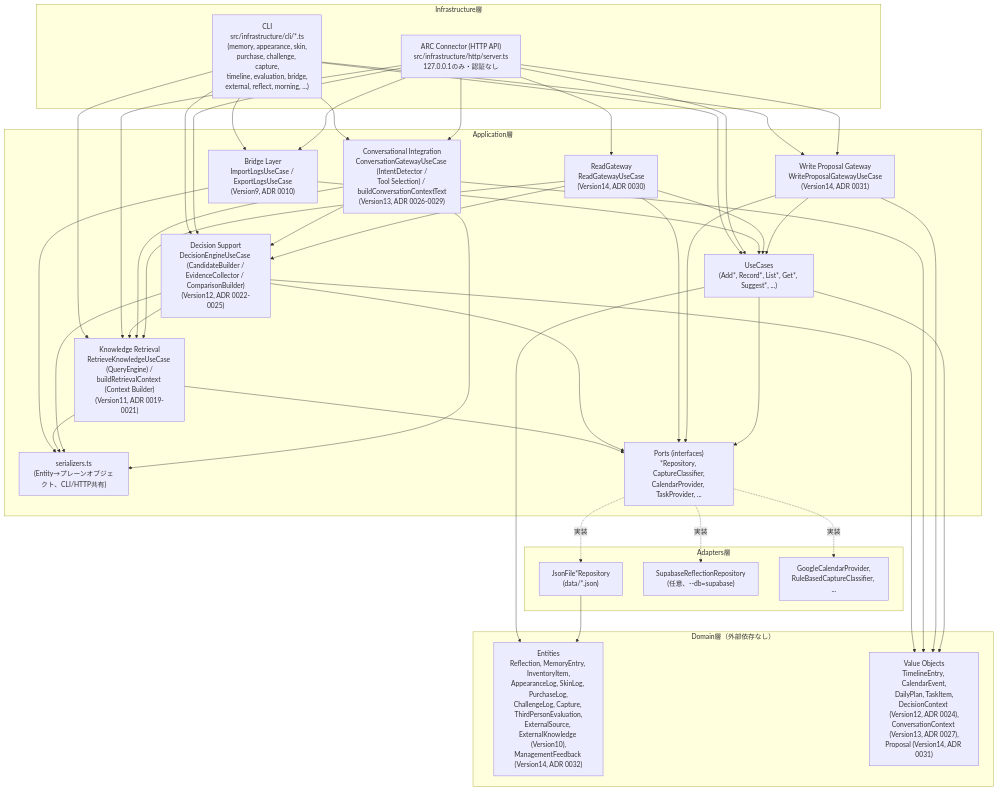
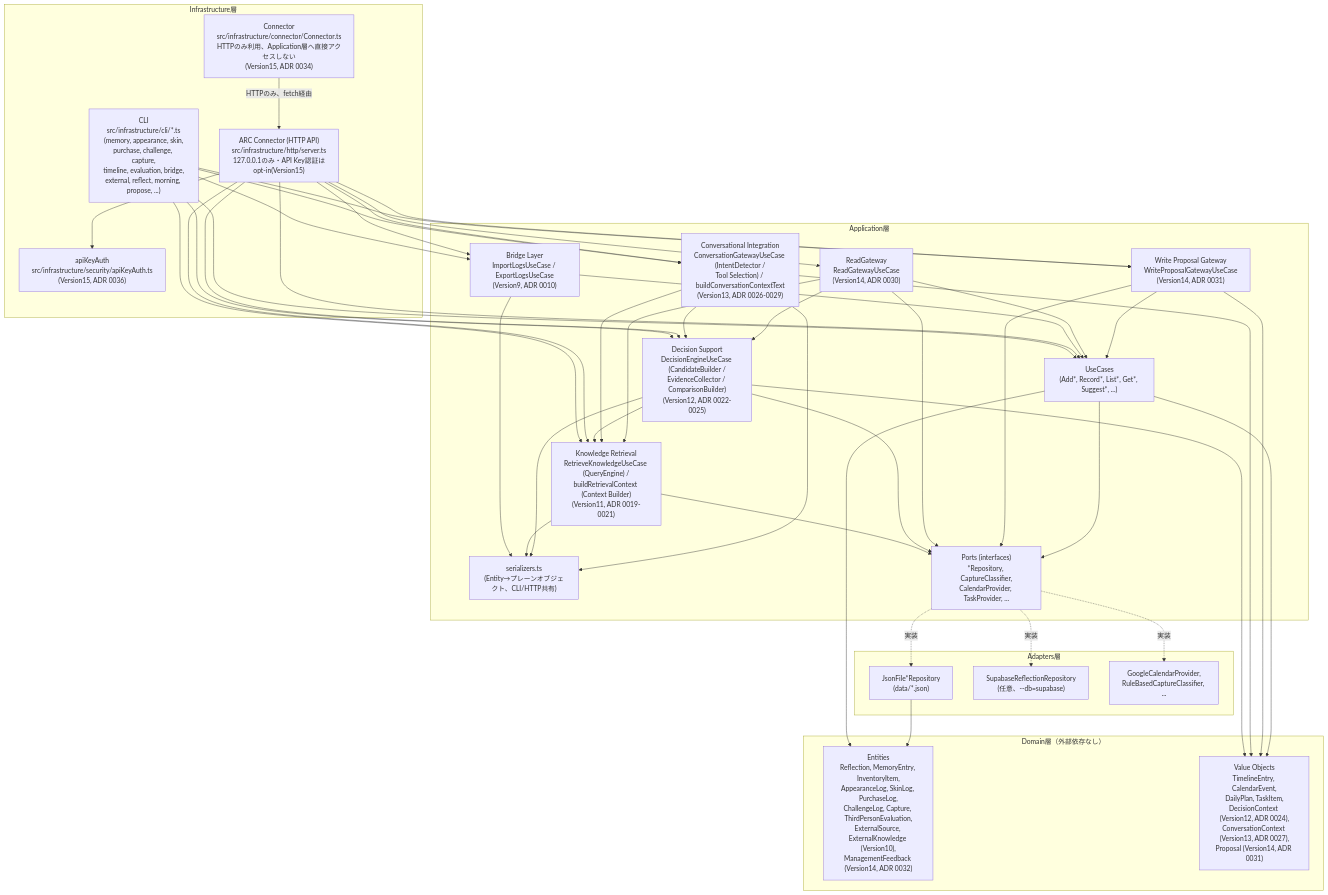
Before and after one commit to okano171013-ai/project-arc: the first of 3 diagrams in docs/architecture-diagram.md, drawn with Mermaid. The commit also changed other lines of this file and 22 other files, not shown here.

First line of the commit message:
Version15: Connector Deployment

````diff
--- a/docs/architecture-diagram.md
+++ b/docs/architecture-diagram.md
@@ -19,70 +20,74 @@
 ```mermaid
 graph TB
     subgraph Infrastructure["Infrastructure層"]
-        CLI["CLI\nsrc/infrastructure/cli/*.ts\n(memory, appearance, skin,\npurchase, challenge, capture,\ntimeline, evaluation, bridge,\nexternal, reflect, morning, ...)"]
-        HTTP["ARC Connector (HTTP API)\nsrc/infrastructure/http/server.ts\n127.0.0.1のみ・認証なし"]
+        CLI["CLI\nsrc/infrastructure/cli/*.ts\n(memory, appearance, skin,\npurchase, challenge, capture,\ntimeline, evaluation, bridge,\nexternal, reflect, morning, propose, ...)"]
+        HTTP["ARC Connector (HTTP API)\nsrc/infrastructure/http/server.ts\n127.0.0.1のみ・API Key認証はopt-in(Version15)"]
+        Connector["Connector\nsrc/infrastructure/connector/Connector.ts\nHTTPのみ利用、Application層へ直接アクセスしない\n(Version15, ADR 0034)"]
+        Auth["apiKeyAuth\nsrc/infrastructure/security/apiKeyAuth.ts\n(Version15, ADR 0036)"]
     end
 
     subgraph Application["Application層"]
         UC["UseCases\n(Add*, Record*, List*, Get*, Suggest*, ...)"]
         Bridge["Bridge Layer\nImportLogsUseCase / ExportLogsUseCase\n(Version9, ADR 0010)"]
         Retrieval["Knowledge Retrieval\nRetrieveKnowledgeUseCase (QueryEngine) /\nbuildRetrievalContext (Context Builder)\n(Version11, ADR 0019-0021)"]
         Decision["Decision Support\nDecisionEngineUseCase (CandidateBuilder /\nEvidenceCollector / ComparisonBuilder)\n(Version12, ADR 0022-0025)"]
         Conversation["Conversational Integration\nConversationGatewayUseCase (IntentDetector /\nTool Selection) / buildConversationContextText\n(Version13, ADR 0026-0029)"]
         ReadGW["ReadGateway\nReadGatewayUseCase\n(Version14, ADR 0030)"]
         WriteGW["Write Proposal Gateway\nWriteProposalGatewayUseCase\n(Version14, ADR 0031)"]
         Serializers["serializers.ts\n(Entity→プレーンオブジェクト、CLI/HTTP共有)"]
         Ports["Ports (interfaces)\n*Repository, CaptureClassifier,\nCalendarProvider, TaskProvider, ..."]
     end
 
     subgraph Domain["Domain層（外部依存なし）"]
         Entities["Entities\nReflection, MemoryEntry, InventoryItem,\nAppearanceLog, SkinLog, PurchaseLog,\nChallengeLog, Capture, ThirdPersonEvaluation,\nExternalSource, ExternalKnowledge (Version10),\nManagementFeedback (Version14, ADR 0032)"]
         VO["Value Objects\nTimelineEntry, CalendarEvent,\nDailyPlan, TaskItem,\nDecisionContext (Version12, ADR 0024),\nConversationContext (Version13, ADR 0027),\nProposal (Version14, ADR 0031)"]
     end
 
     subgraph Adapters["Adapters層"]
         JsonRepo["JsonFile*Repository\n(data/*.json)"]
         SupaRepo["SupabaseReflectionRepository\n(任意、--db=supabase)"]
         Providers["GoogleCalendarProvider,\nRuleBasedCaptureClassifier, ..."]
     end
 
     CLI --> UC
     CLI --> Bridge
     CLI --> Retrieval
     CLI --> Decision
     CLI --> Conversation
     CLI --> WriteGW
     HTTP --> UC
     HTTP --> Bridge
     HTTP --> Retrieval
     HTTP --> Decision
     HTTP --> Conversation
     HTTP --> ReadGW
     HTTP --> WriteGW
+    HTTP --> Auth
+    Connector -->|HTTPのみ、fetch経由| HTTP
     Bridge --> UC
     Bridge --> Serializers
     Retrieval --> Ports
     Retrieval --> Serializers
     Decision --> Retrieval
     Decision --> Ports
     Decision --> VO
     Decision --> Serializers
     Conversation --> Retrieval
     Conversation --> Decision
     Conversation --> VO
     Conversation --> Serializers
     ReadGW --> UC
     ReadGW --> Retrieval
     ReadGW --> Decision
     ReadGW --> Ports
     WriteGW --> UC
     WriteGW --> VO
     WriteGW --> Ports
     UC --> Ports
     UC --> Entities
     Ports -.実装.-> JsonRepo
     Ports -.実装.-> SupaRepo
     Ports -.実装.-> Providers
     JsonRepo --> Entities
     UC --> VO
 ```
````
